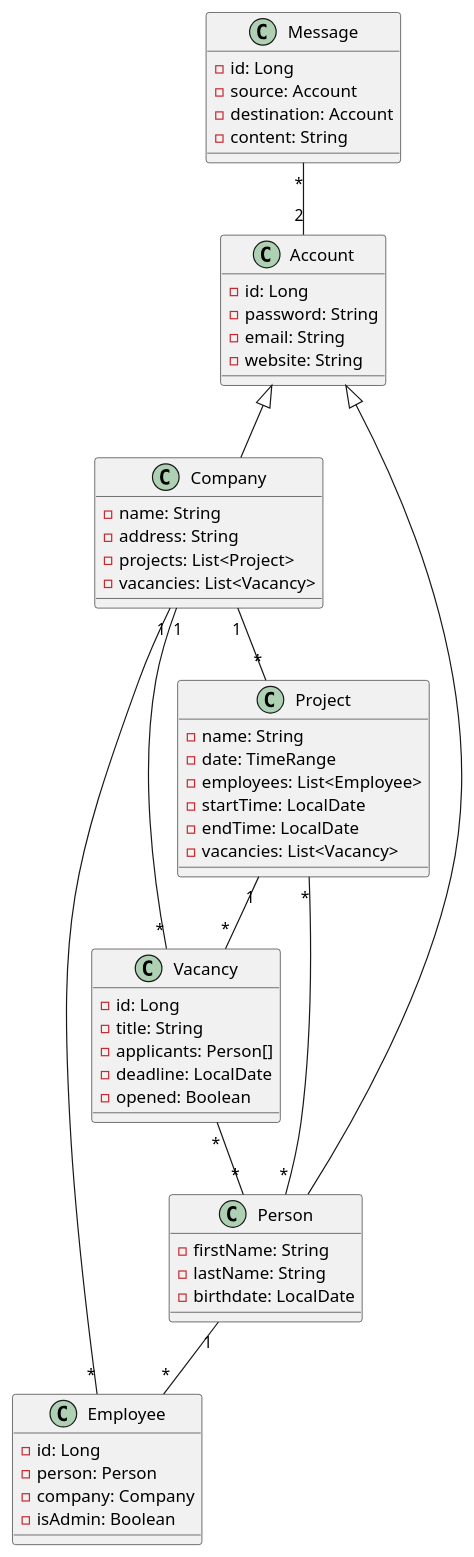
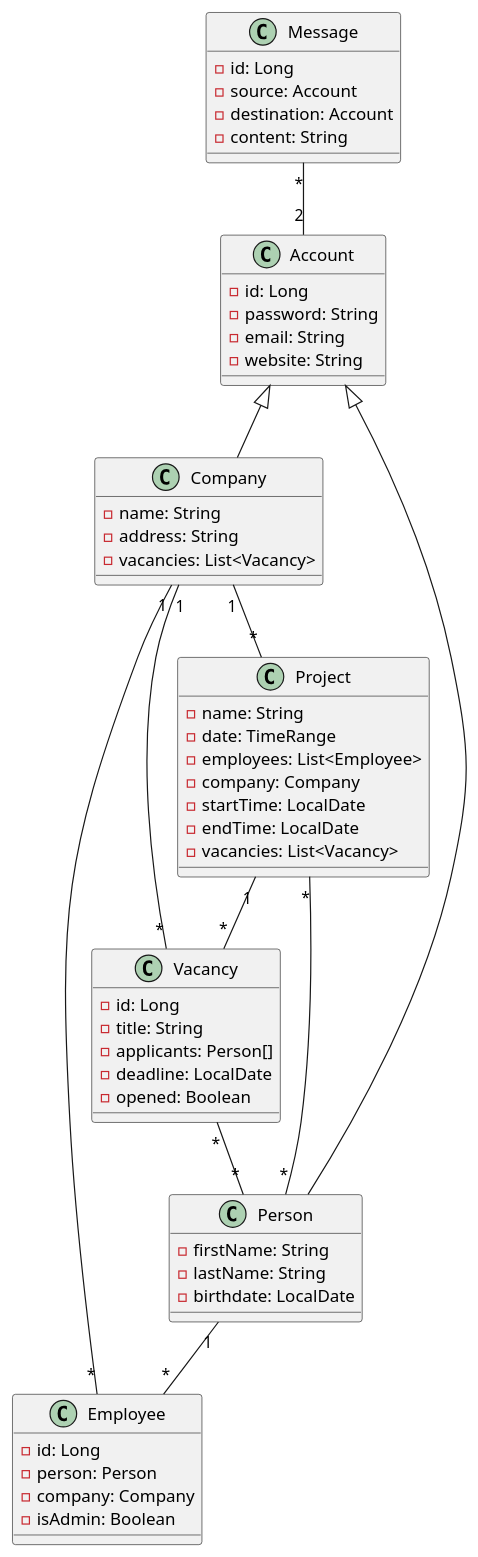
The diagram in cld/cld.puml (DirectorsView/documentation), drawn with PlantUML before and after one commit.

Commit message:
remove projectlist

```diff
--- a/cld/cld.puml
+++ b/cld/cld.puml
@@ -1,64 +1,64 @@
 @startuml
 
 class Account {
 - id: Long
 - password: String
 - email: String
 - website: String
 }
 
 class Company {
 - name: String
 - address: String
-- projects: List<Project>
 - vacancies: List<Vacancy>
 }
 
 class Project {
 - name: String
 - date: TimeRange
 - employees: List<Employee>
+- company: Company
 - startTime: LocalDate
 - endTime: LocalDate
 - vacancies: List<Vacancy>
 }
 
 class Person {
 - firstName: String
 - lastName: String
 - birthdate: LocalDate
 }
 
 class Vacancy {
 - id: Long
 - title: String
 - applicants: Person[]
 - deadline: LocalDate
 - opened: Boolean
 }
 
 class Message {
 - id: Long
 - source: Account
 - destination: Account
 - content: String
 }
 
 class Employee {
 - id: Long
 - person: Person
 - company: Company
 - isAdmin: Boolean
 }
 
 Account <|-- Company
 Account <|-- Person
 Company "1" -- "*" Project
 Company "1" -- "*" Vacancy
 Vacancy "*" -- "*"Person
 Message "*" -- "2" Account
 Project "*" -- "*" Person
 Project "1" -- "*" Vacancy
 Employee "*" -- "1" Company
 Person "1" -- "*" Employee
 @enduml
```
